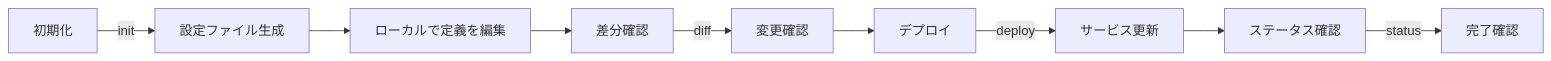
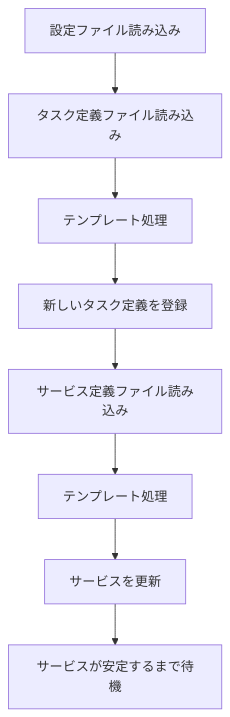
One commit to bufferings/devin-docs changed the diagram in ecspresso/quickstart/basic-usage.md. Above: the diagram before and after it, drawn with Mermaid. The commit also changed other lines of this file and 29 other files, not shown here.

````diff
--- a/ecspresso/quickstart/basic-usage.md
+++ b/ecspresso/quickstart/basic-usage.md
@@ -82,11 +51,10 @@
 ```mermaid
-graph LR
-    A[初期化] -->|init| B[設定ファイル生成]
-    B --> C[ローカルで定義を編集]
-    C --> D[差分確認]
-    D -->|diff| E[変更確認]
-    E --> F[デプロイ]
-    F -->|deploy| G[サービス更新]
-    G --> H[ステータス確認]
-    H -->|status| I[完了確認]
+graph TD
+    A[設定ファイル読み込み] --> B[タスク定義ファイル読み込み]
+    B --> C[テンプレート処理]
+    C --> D[新しいタスク定義を登録]
+    D --> E[サービス定義ファイル読み込み]
+    E --> F[テンプレート処理]
+    F --> G[サービスを更新]
+    G --> H[サービスが安定するまで待機]
 ```
````
